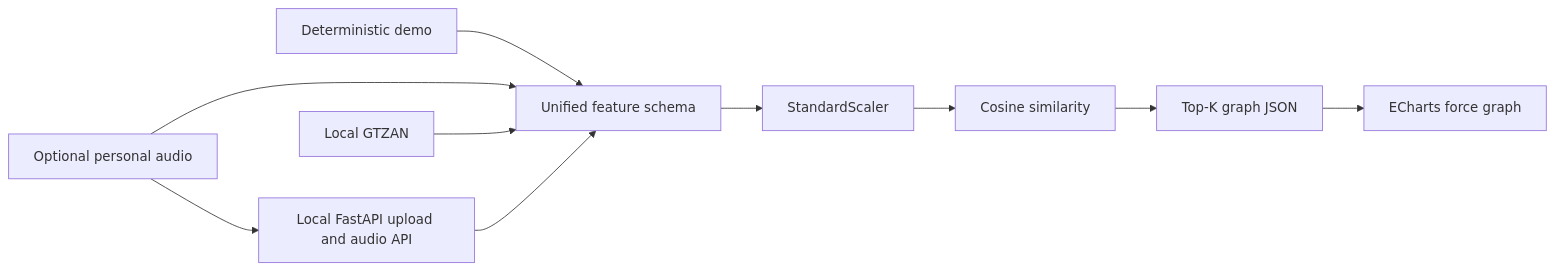
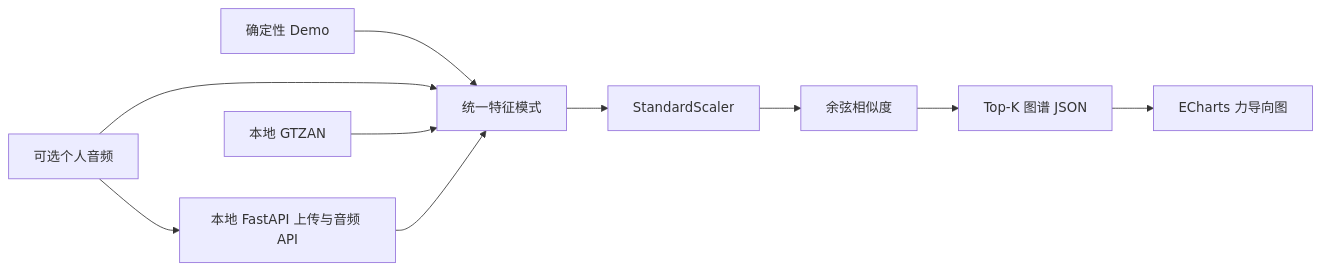
One commit to SUMiRE233/galaxy changed the diagram in README.md. Above: the diagram before and after it, drawn with Mermaid. The commit also changed other lines of this file, not shown here.

````diff
--- a/README.md
+++ b/README.md
@@ -285,12 +285,12 @@
 ```mermaid
 flowchart LR
-    A[Deterministic demo] --> D[Unified feature schema]
-    B[Optional personal audio] --> D
-    C[Local GTZAN] --> D
+    A[确定性 Demo] --> D[统一特征模式]
+    B[可选个人音频] --> D
+    C[本地 GTZAN] --> D
     D --> E[StandardScaler]
-    E --> F[Cosine similarity]
-    F --> G[Top-K graph JSON]
-    G --> H[ECharts force graph]
-    B --> I[Local FastAPI upload and audio API]
+    E --> F[余弦相似度]
+    F --> G[Top-K 图谱 JSON]
+    G --> H[ECharts 力导向图]
+    B --> I[本地 FastAPI 上传与音频 API]
     I --> D
 ```
````
